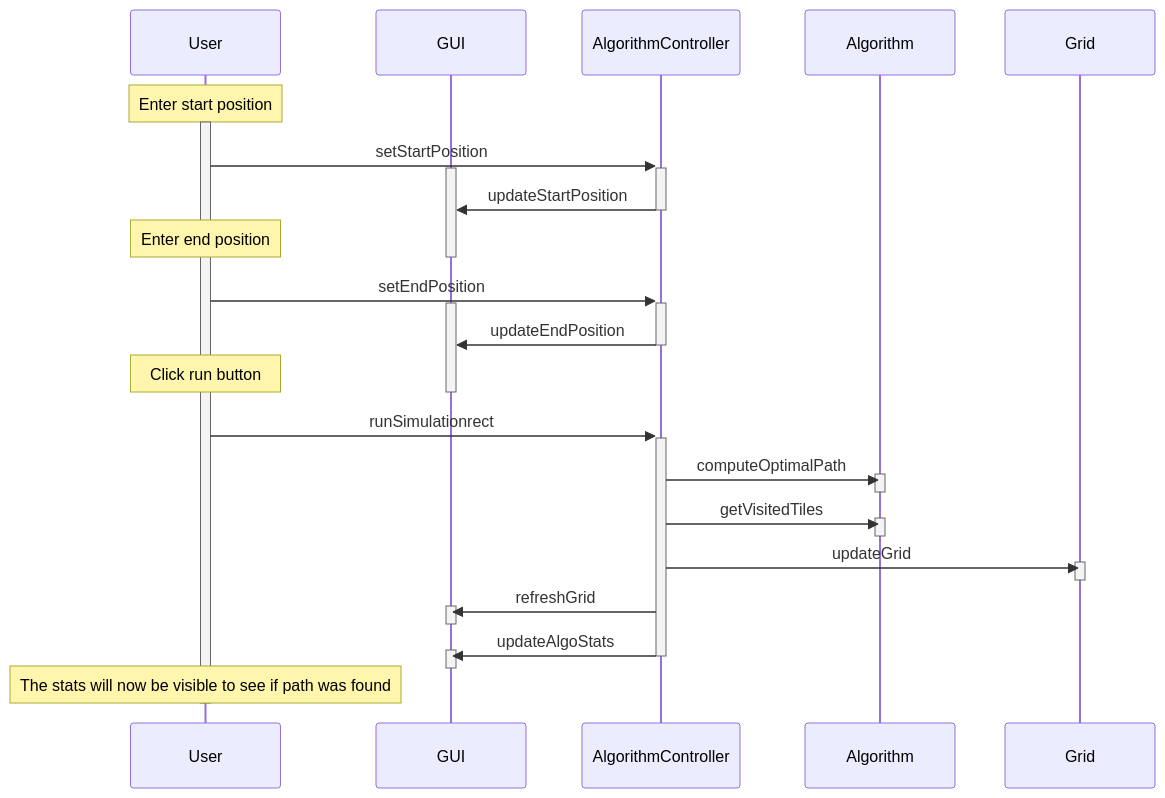
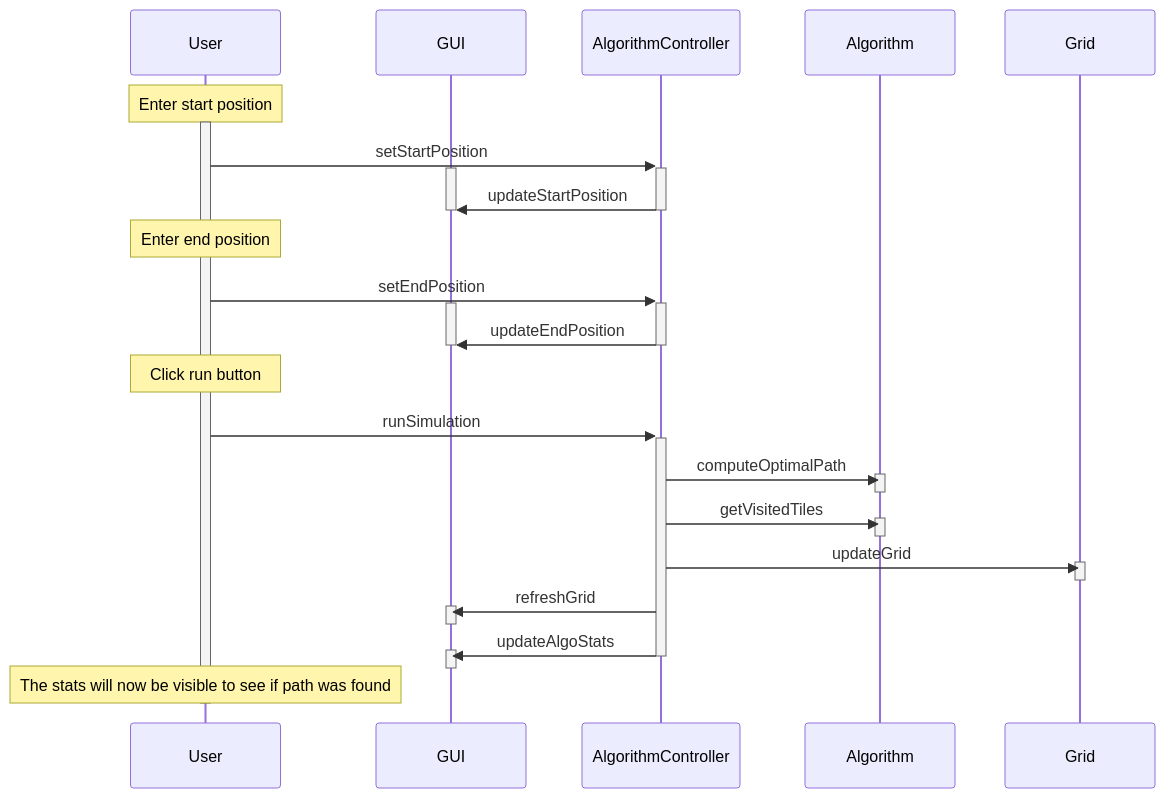
One commit to AdamCorbinFAUPhD/COP5339-Object-Oriented-Software-Design changed the third of 7 diagrams in Homeworks/Project/report.md. Above: the diagram before and after it, drawn with Mermaid. The commit also changed other lines of this file, not shown here.

Commit message:
starting state diagrams

````diff
--- a/Homeworks/Project/report.md
+++ b/Homeworks/Project/report.md
@@ -259,42 +260,42 @@
 ```mermaid
 sequenceDiagram
 participant User
 participant GUI
 participant AlgorithmController
 participant Algorithm
 
 Note over User: Enter start position
 activate User
 User  ->>+ AlgorithmController : setStartPosition
 activate GUI
 AlgorithmController ->>- GUI : updateStartPosition
+deactivate GUI
+Note over User: Enter end position
 
-Note over User: Enter end position
-deactivate GUI
 
 User ->>+ AlgorithmController : setEndPosition
 activate GUI
 AlgorithmController ->>- GUI : updateEndPosition
+deactivate GUI
+Note over User: Click run button
 
-Note over User: Click run button
-deactivate GUI
-User ->>+ AlgorithmController : runSimulationrect 
+User ->>+ AlgorithmController : runSimulation 
 AlgorithmController ->> Algorithm  : computeOptimalPath
 activate Algorithm
 deactivate Algorithm
 AlgorithmController ->> Algorithm  : getVisitedTiles
 activate Algorithm
 deactivate Algorithm
 AlgorithmController ->> Grid : updateGrid
 activate Grid
 deactivate Grid
 AlgorithmController ->> GUI : refreshGrid
 activate GUI
 deactivate GUI
 AlgorithmController ->>- GUI : updateAlgoStats
 activate GUI
 deactivate GUI
 Note over User: The stats will now be visible to see if path was found
 deactivate User
 
 ```
````
